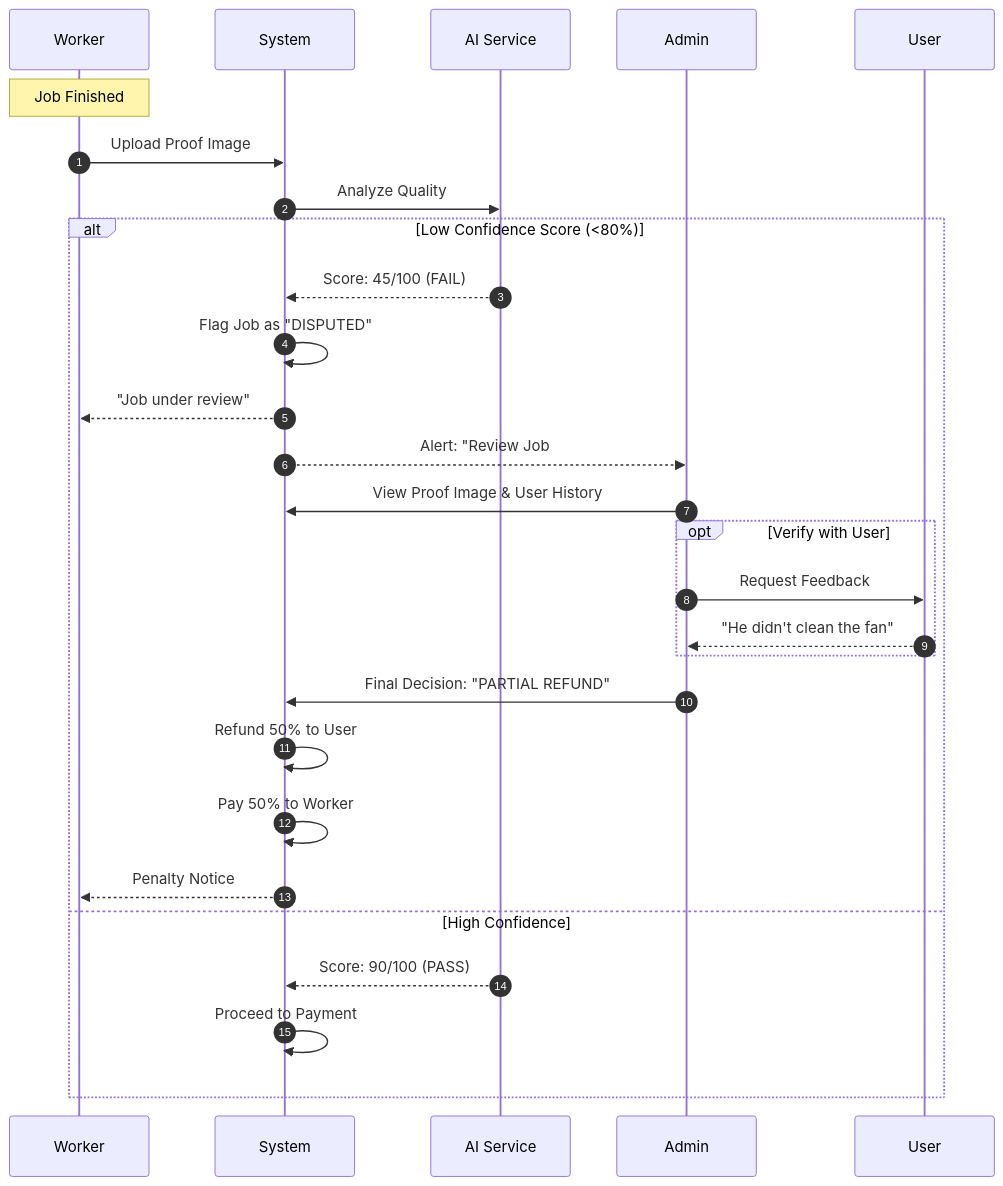
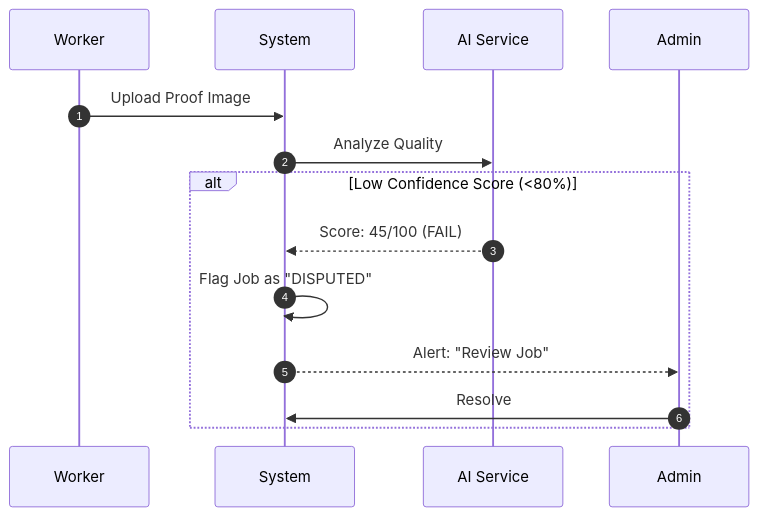
One commit to Somilg11/oddigo-v2 changed the fourth of 5 diagrams in docs_detailed_flows/detailed/COMBINED_FLOWS.md. Above: the diagram before and after it, drawn with Mermaid. The commit also changed other lines of this file and 4 other files, not shown here.

````diff
--- a/docs_detailed_flows/detailed/COMBINED_FLOWS.md
+++ b/docs_detailed_flows/detailed/COMBINED_FLOWS.md
@@ -143,35 +92,18 @@
 ```mermaid
 sequenceDiagram
     autonumber
     participant W as Worker
     participant S as System
     participant AI as AI Service
     participant A as Admin
-    participant U as User
 
-    Note over W: Job Finished
     W->>S: Upload Proof Image
     S->>AI: Analyze Quality
     
     alt Low Confidence Score (<80%)
         AI-->>S: Score: 45/100 (FAIL)
         S->>S: Flag Job as "DISPUTED"
-        S-->>W: "Job under review"
-        S-->>A: Alert: "Review Job #123"
-        
-        A->>S: View Proof Image & User History
-        
-        opt Verify with User
-            A->>U: Request Feedback
-            U-->>A: "He didn't clean the fan"
-        end
-        
-        A->>S: Final Decision: "PARTIAL REFUND"
-        S->>S: Refund 50% to User
-        S->>S: Pay 50% to Worker
-        S-->>W: Penalty Notice
-    else High Confidence
-        AI-->>S: Score: 90/100 (PASS)
-        S->>S: Proceed to Payment
+        S-->>A: Alert: "Review Job"
+        A->>S: Resolve
     end
 ```
````
